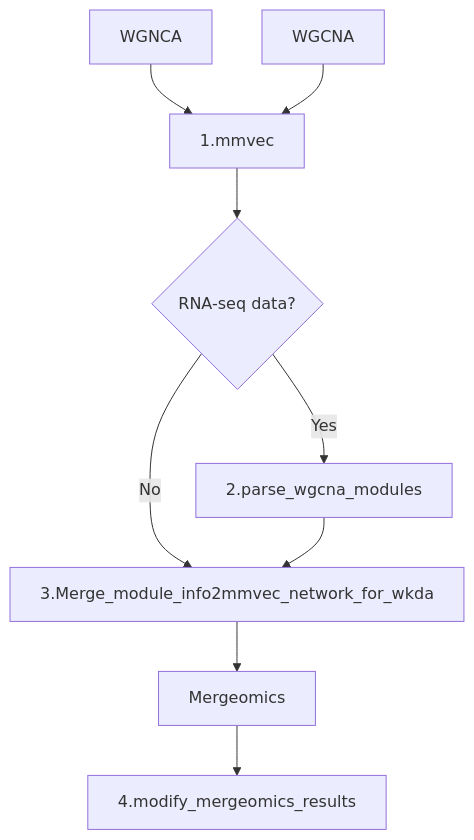
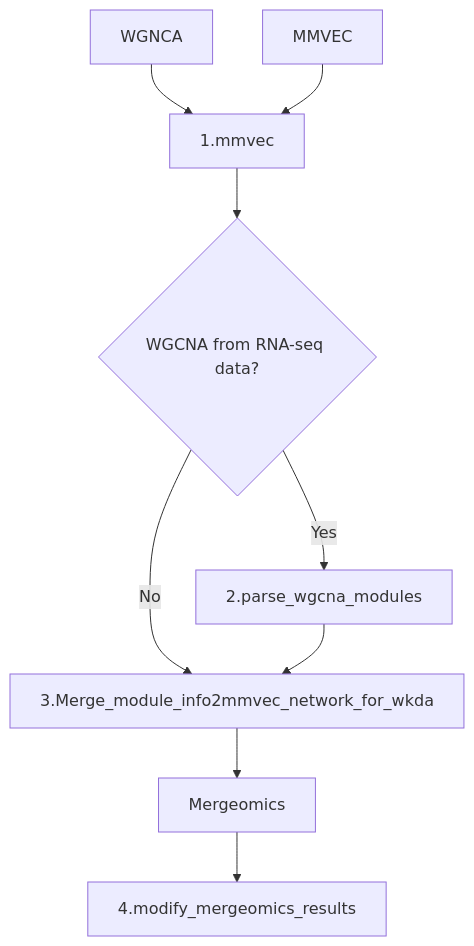
One commit to smha118/keto_diet_pediatric_epilepsy changed the diagram in README.md. Above: the diagram before and after it, drawn with Mermaid. The commit also changed other lines of this file, not shown here.

````diff
--- a/README.md
+++ b/README.md
@@ -24,11 +17,11 @@
 ```mermaid
 flowchart TD;
 	A[WGNCA] --> C[1.mmvec]
-	B[WGCNA] --> C[1.mmvec]
-	C-->D{RNA-seq data?}
+	B[MMVEC] --> C[1.mmvec]
+	C-->D{WGCNA from RNA-seq data?}
 	D -- Yes --> E[2.parse_wgcna_modules]
 	D -- No --> F[3.Merge_module_info2mmvec_network_for_wkda]
 	E --> F[3.Merge_module_info2mmvec_network_for_wkda]
 	F --> G[Mergeomics]
 	G --> H[4.modify_mergeomics_results]
 ```
````
